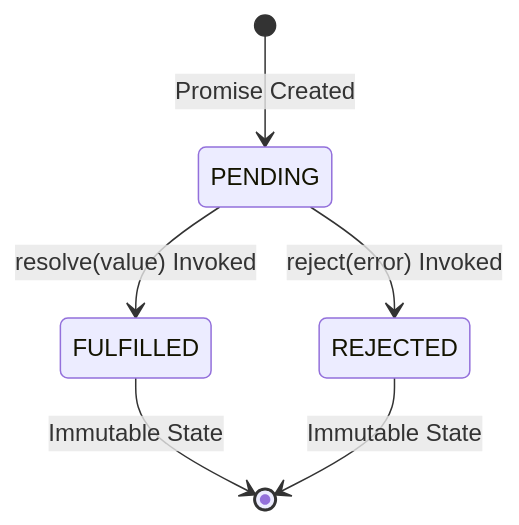
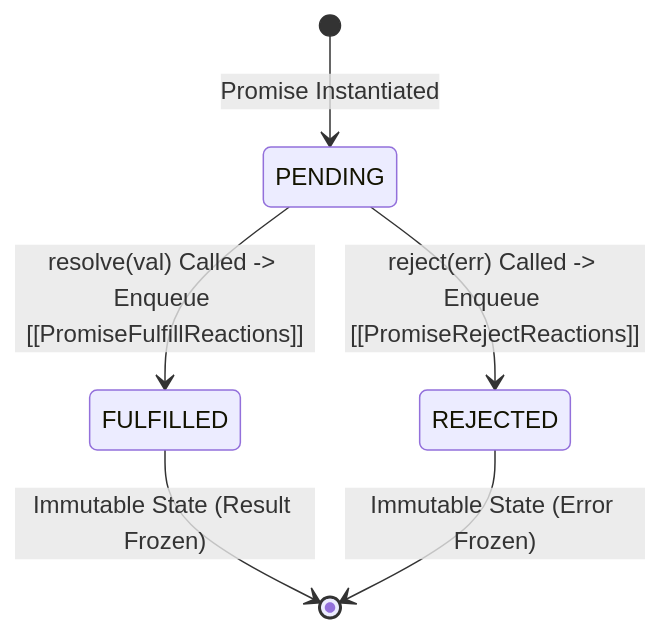
One commit to Amie-dev/engineering-playbook changed the second of 4 diagrams in js-internals/15-async-internals.md. Above: the diagram before and after it, drawn with Mermaid. The commit also changed other lines of this file and 17 other files, not shown here.

````diff
--- a/js-internals/15-async-internals.md
+++ b/js-internals/15-async-internals.md
@@ -12,8 +27,8 @@
 ```mermaid
 stateDiagram-v2
-    [*] --> PENDING: Promise Created
-    PENDING --> FULFILLED: resolve(value) Invoked
-    PENDING --> REJECTED: reject(error) Invoked
-    FULFILLED --> [*]: Immutable State
-    REJECTED --> [*]: Immutable State
+    [*] --> PENDING: Promise Instantiated
+    PENDING --> FULFILLED: resolve(val) Called -> Enqueue [[PromiseFulfillReactions]]
+    PENDING --> REJECTED: reject(err) Called -> Enqueue [[PromiseRejectReactions]]
+    FULFILLED --> [*]: Immutable State (Result Frozen)
+    REJECTED --> [*]: Immutable State (Error Frozen)
 ```
````
